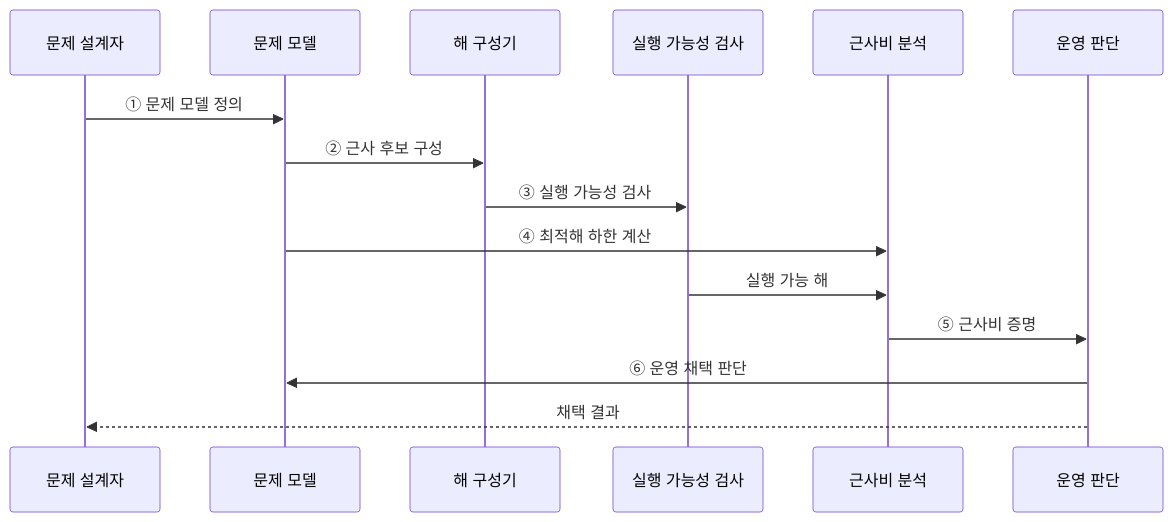
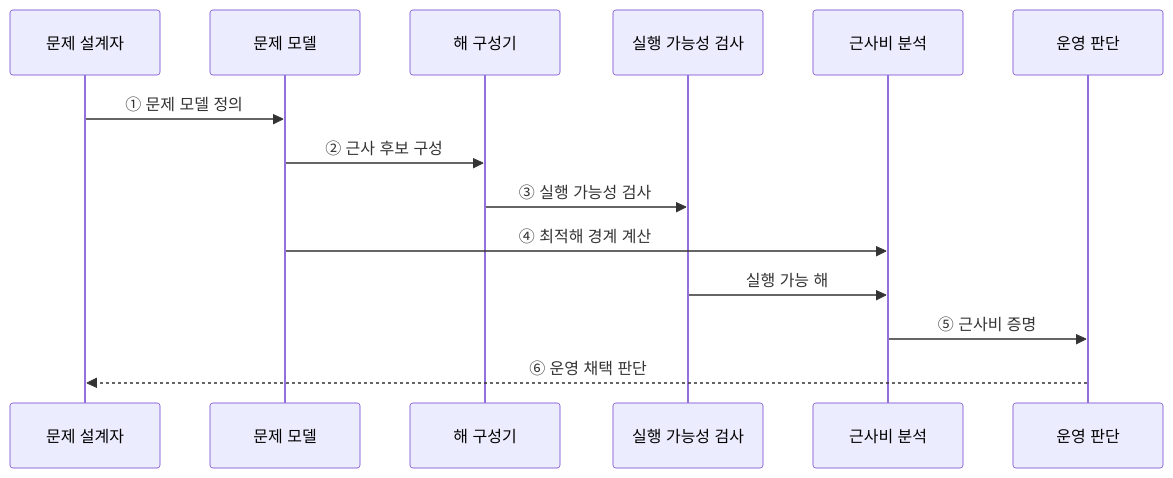
The second of 2 diagrams in src/content/docs/notes/01-basic-theory/060_approximation_algo.md (agnusdei1207/knowledge-base), drawn with Mermaid before and after one commit. The commit also changed other lines of this file and 19 other files, not shown here.

````diff
--- a/src/content/docs/notes/01-basic-theory/060_approximation_algo.md
+++ b/src/content/docs/notes/01-basic-theory/060_approximation_algo.md
@@ -73,17 +73,16 @@
 ```mermaid
 sequenceDiagram
     participant D as 문제 설계자
     participant M as 문제 모델
     participant C as 해 구성기
     participant V as 실행 가능성 검사
     participant B as 근사비 분석
     participant O as 운영 판단
     D->>M: ① 문제 모델 정의
     M->>C: ② 근사 후보 구성
     C->>V: ③ 실행 가능성 검사
-    M->>B: ④ 최적해 하한 계산
+    M->>B: ④ 최적해 경계 계산
     V->>B: 실행 가능 해
     B->>O: ⑤ 근사비 증명
-    O->>M: ⑥ 운영 채택 판단
-    O-->>D: 채택 결과
+    O-->>D: ⑥ 운영 채택 판단
 ```
````
